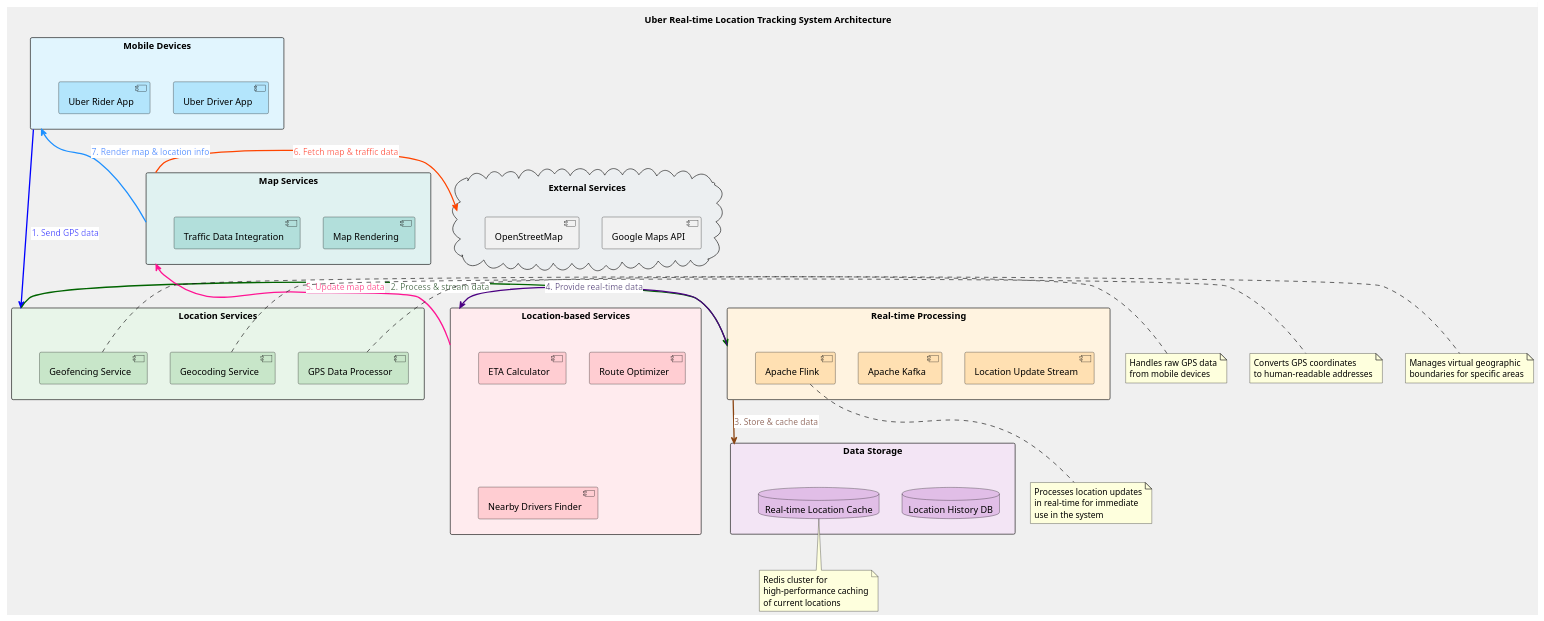
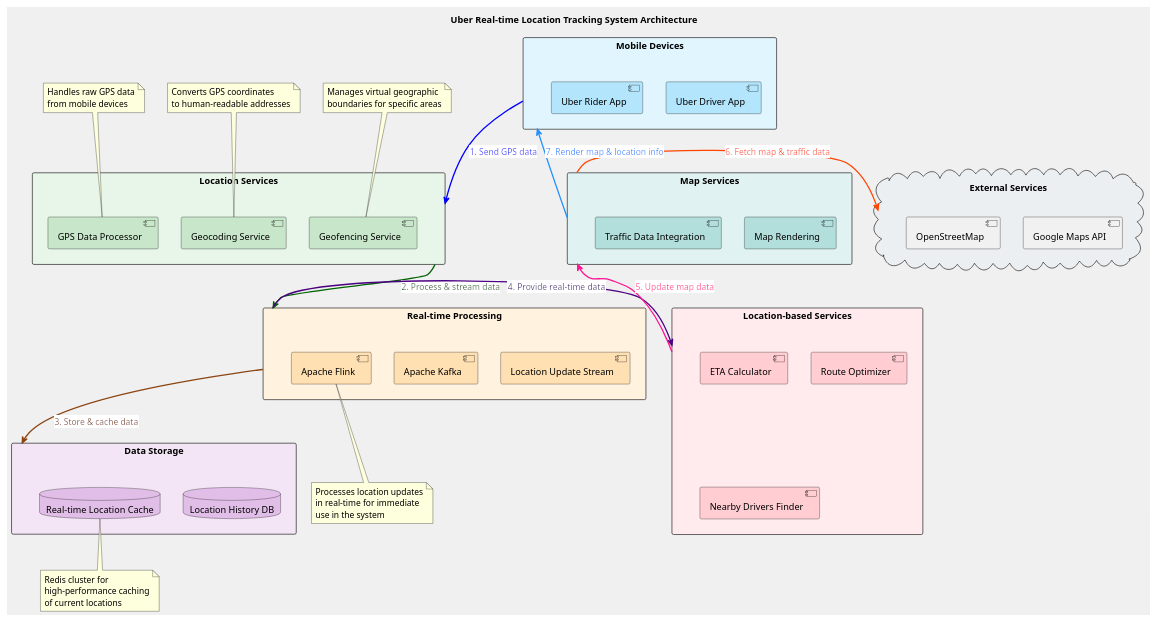
Before and after one commit to huangyingw/system_design: the diagram in uber_system_architecture/uber_real_time_location_tracking.puml, drawn with PlantUML.

```diff
--- a/uber_system_architecture/uber_real_time_location_tracking.puml
+++ b/uber_system_architecture/uber_real_time_location_tracking.puml
@@ -1,81 +1,81 @@
 @startuml Uber Real-time Location Tracking System
 !pragma layout dot
 allowmixing
 skinparam backgroundColor #F0F0F0
 
 title Uber Real-time Location Tracking System Architecture
 
 rectangle "Mobile Devices" as MobileDevices #E1F5FE {
     component "Uber Driver App" as DriverApp #B3E5FC
     component "Uber Rider App" as RiderApp #B3E5FC
 }
 
 rectangle "Location Services" as LocationServices #E8F5E9 {
     component "GPS Data Processor" as GPSProcessor #C8E6C9
     component "Geocoding Service" as GeocodingService #C8E6C9
     component "Geofencing Service" as GeofencingService #C8E6C9
 }
 
 rectangle "Real-time Processing" as RealTimeProcessing #FFF3E0 {
     component "Location Update Stream" as LocationStream #FFE0B2
     component "Apache Kafka" as Kafka #FFE0B2
     component "Apache Flink" as Flink #FFE0B2
 }
 
 rectangle "Data Storage" as DataStorage #F3E5F5 {
     database "Location History DB" as LocationHistoryDB #E1BEE7
     database "Real-time Location Cache" as LocationCache #E1BEE7
 }
 
 rectangle "Location-based Services" as LocationBasedServices #FFEBEE {
     component "ETA Calculator" as ETACalculator #FFCDD2
     component "Route Optimizer" as RouteOptimizer #FFCDD2
     component "Nearby Drivers Finder" as NearbyDriversFinder #FFCDD2
 }
 
 rectangle "Map Services" as MapServices #E0F2F1 {
     component "Map Rendering" as MapRendering #B2DFDB
     component "Traffic Data Integration" as TrafficData #B2DFDB
 }
 
 cloud "External Services" as ExternalServices #ECEFF1 {
     component "Google Maps API" as GoogleMapsAPI
     component "OpenStreetMap" as OpenStreetMap
 }
 
 MobileDevices -[#0000FF,thickness=2]down-> LocationServices : <back:#FFFFFF><color:#0000FF>1. Send GPS data</color></back>
 LocationServices -[#006400,thickness=2]right-> RealTimeProcessing : <back:#FFFFFF><color:#006400>2. Process & stream data</color></back>
 RealTimeProcessing -[#8B4513,thickness=2]down-> DataStorage : <back:#FFFFFF><color:#8B4513>3. Store & cache data</color></back>
 RealTimeProcessing -[#4B0082,thickness=2]right-> LocationBasedServices : <back:#FFFFFF><color:#4B0082>4. Provide real-time data</color></back>
 LocationBasedServices -[#FF1493,thickness=2]up-> MapServices : <back:#FFFFFF><color:#FF1493>5. Update map data</color></back>
 MapServices -[#FF4500,thickness=2]right-> ExternalServices : <back:#FFFFFF><color:#FF4500>6. Fetch map & traffic data</color></back>
 MapServices -[#1E90FF,thickness=2]up-> MobileDevices : <back:#FFFFFF><color:#1E90FF>7. Render map & location info</color></back>
 
-note right of GPSProcessor
+note top of GPSProcessor
   Handles raw GPS data
   from mobile devices
 end note
 
-note right of GeocodingService
+note top of GeocodingService
   Converts GPS coordinates
   to human-readable addresses
 end note
 
-note right of GeofencingService
+note top of GeofencingService
   Manages virtual geographic
   boundaries for specific areas
 end note
 
 note bottom of LocationCache
   Redis cluster for
   high-performance caching
   of current locations
 end note
 
 note bottom of Flink
   Processes location updates
   in real-time for immediate
   use in the system
 end note
 
 @enduml
```
